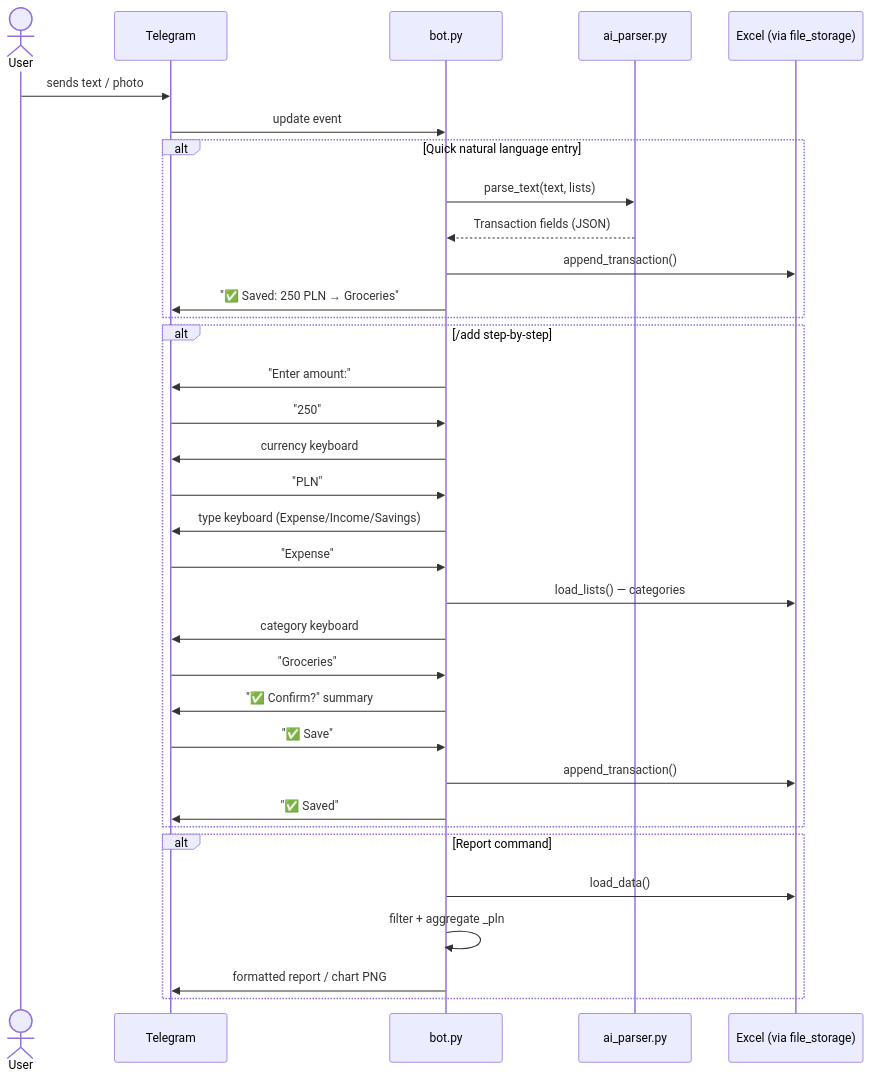
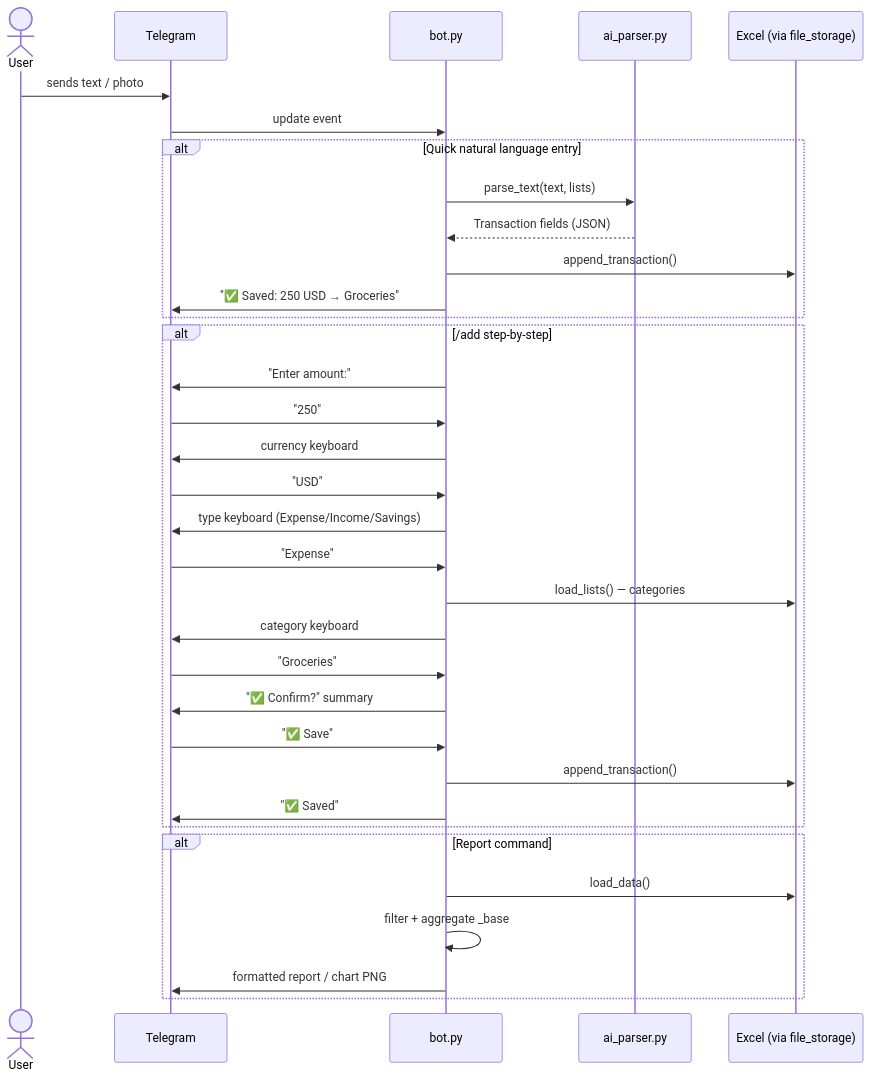
The third of 10 diagrams in docs/architecture.md (TeymurovFuad/family-budget-bot), drawn with Mermaid before and after one commit. The commit also changed other lines of this file and 32 other files, not shown here.

````diff
--- a/docs/architecture.md
+++ b/docs/architecture.md
@@ -72,40 +72,40 @@
 ```mermaid
 sequenceDiagram
     actor User
     participant TG as Telegram
     participant Bot as bot.py
     participant AI as ai_parser.py
     participant Excel as Excel (via file_storage)
 
     User->>TG: sends text / photo
     TG->>Bot: update event
 
     alt Quick natural language entry
         Bot->>AI: parse_text(text, lists)
         AI-->>Bot: Transaction fields (JSON)
         Bot->>Excel: append_transaction()
-        Bot->>TG: "✅ Saved: 250 PLN → Groceries"
+        Bot->>TG: "✅ Saved: 250 USD → Groceries"
     end
 
     alt /add step-by-step
         Bot->>TG: "Enter amount:"
         TG->>Bot: "250"
         Bot->>TG: currency keyboard
-        TG->>Bot: "PLN"
+        TG->>Bot: "USD"
         Bot->>TG: type keyboard (Expense/Income/Savings)
         TG->>Bot: "Expense"
         Bot->>Excel: load_lists() — categories
         Bot->>TG: category keyboard
         TG->>Bot: "Groceries"
         Bot->>TG: "✅ Confirm?" summary
         TG->>Bot: "✅ Save"
         Bot->>Excel: append_transaction()
         Bot->>TG: "✅ Saved"
     end
 
     alt Report command
         Bot->>Excel: load_data()
-        Bot->>Bot: filter + aggregate _pln
+        Bot->>Bot: filter + aggregate _base
         Bot->>TG: formatted report / chart PNG
     end
 ```
````
